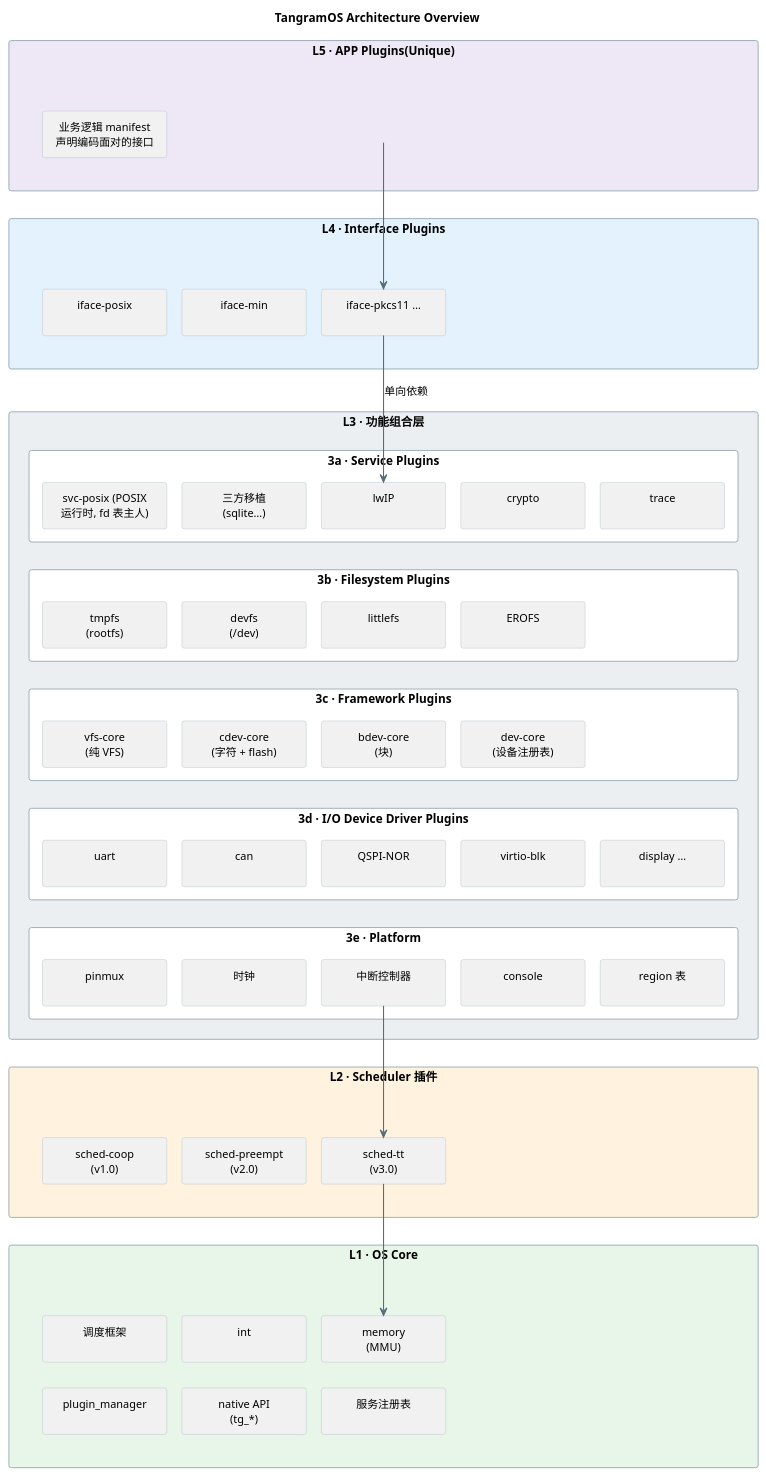
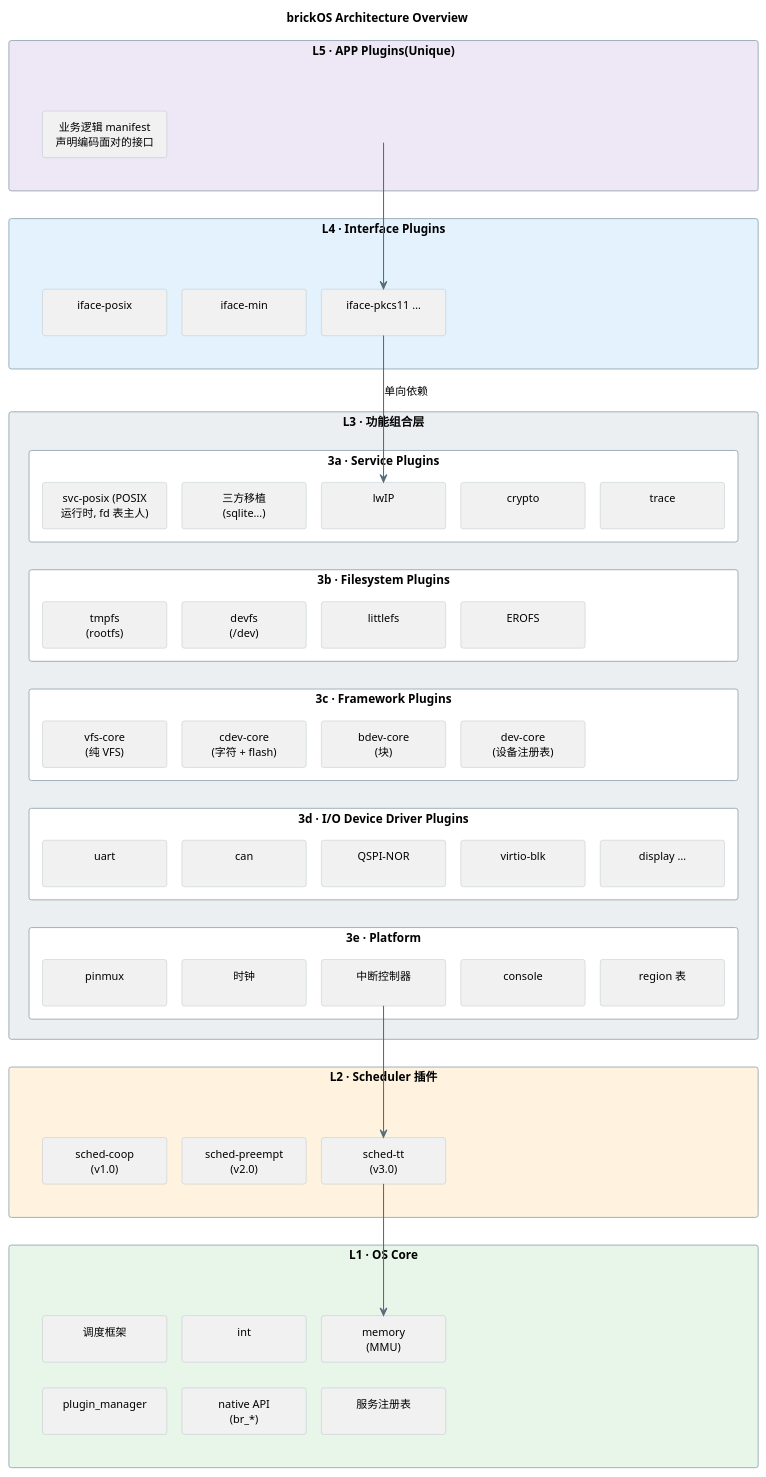
One commit to zhuyh4n9/brickOS changed the diagram in docs/1-architecture/plantUML/1-01-architecture-01.puml. Above: the diagram before and after it, drawn with PlantUML. The commit also changed 66 other files, not shown here.

First line of the commit message:
docs: 更名 TangramOS -> brickOS, 前缀 tg_ -> br_ (D16 修订)

```diff
--- a/docs/1-architecture/plantUML/1-01-architecture-01.puml
+++ b/docs/1-architecture/plantUML/1-01-architecture-01.puml
@@ -1,188 +1,188 @@
 @startuml
-' TangramOS 总体分层图
+' brickOS 总体分层图
 '
 ' ── 层级表达 ──────────────────────────────────────────────────────────────
 ' L3 是 package 容器, 3a–3e 是它的子 package(子层)。"同属 L3"靠嵌套表达, 不靠平铺。
 ' 内容原则: 只画层间单向流(§7.2); 层内依赖/注册拓扑不进本图(见 6-vfs-device/06-device.md §1)。
 '
 ' ── 等长 / 对齐 / 箭头居中机制(改图前必读, 破哪条都会退化成参差不齐) ────────
 ' 1) skinparam minClassWidth 128 —— 所有模块盒子强制等宽(128+20=148px)。
 '    任何标签的单行文字都不能超过 128px, 否则该模块被撑宽、破坏等长; 超长文案请手动折行
 '    (见 L5T 和 L3A1 的写法)。
 ' 2) 每行固定 5 格 —— 奇数格是关键: 5 格的正中恰好是第 3 格, 层间箭头才能落在水平中线上。
 '    真实模块不足 5 个的行, 用透明的 rectangle<<pad>> 占位补齐, 并用 -[hidden]right-> 串成一行。
 ' 3) 4 个顶层带子(L5/L4/L2/L1)内各套一层隐形的 package<<inner>>, 让嵌套深度与 L3 一致,
 '    否则 L3 会比其它带子宽 48px。(<<inner>> 用 skinparam 设成透明背景+透明边框,
 '    再用 hide stereotype 藏掉 «inner» 字样)
 ' 4) 层间箭头一律走【第 3 格】的 node→node 边: L5P2→L4C→L3A3, L3E3→L2C→L1C。
 '    - node→node 的箭头落在节点中心, 所以四条箭头 x 完全相同(实测 453) → 形成一条居中竖线;
 '    - 实测 package→package 的箭头一律落在盒子右边缘, 达不到居中, 所以这里不用;
 '    - 代价: 竖线会贴着 L4 的 iface-pkcs11、L2 的 sched-tt 上下边框穿过去 ——
 '      它只是"层间流向"的指示线, 不代表这两个模块在依赖链上, 改图时别误读。
 ' 5) L1 的 6 个模块拆成两行(3+3): 5 格放不下 6 个, 拆两行既保持等长, 也让 L1 更整齐。
 ' 6) 标签统一两行(不足两行补一个空行), 保证各行等高。
 ' 7) 每行"首个模块"用 -[hidden]down-> 串起, 钉死 3a→3e 的纵向阅读序; L1 的两行之间也串一条。
 '
 ' 自检: 渲染后 5 个层框应全部 x=7 / 宽=892, 5 个子层框宽=844, 全部模块 148×50.3,
 '       4 个箭头头部 x≈453。
 skinparam shadowing false
 skinparam componentStyle rectangle
 skinparam packageStyle rectangle
 skinparam roundCorner 6
 skinparam nodesep 18
 skinparam ranksep 30
 skinparam defaultTextAlignment center
 skinparam ArrowColor #546E7A
 skinparam ArrowThickness 1.3
 skinparam packageBorderColor #90A4AE
 skinparam componentBorderColor #B0BEC5
 skinparam componentFontSize 13
 skinparam minClassWidth 128
 skinparam rectangle<<pad>> {
   BackgroundColor transparent
   BorderColor transparent
   FontColor transparent
 }
 skinparam package<<inner>> {
   BackgroundColor transparent
   BorderColor transparent
   FontColor transparent
 }
 top to bottom direction
 hide stereotype
 
-title TangramOS Architecture Overview
+title brickOS Architecture Overview
 
   package "L5 · APP Plugins(Unique)" as L5 #EDE7F6 {
     package " " as L5IN <<inner>> {
       [业务逻辑 manifest\n声明编码面对的接口] as L5T
       rectangle "  " as L5P1 <<pad>>
       rectangle "  " as L5P2 <<pad>>
       rectangle "  " as L5P3 <<pad>>
       rectangle "  " as L5P4 <<pad>>
       L5T -[hidden]right-> L5P1
       L5P1 -[hidden]right-> L5P2
       L5P2 -[hidden]right-> L5P3
       L5P3 -[hidden]right-> L5P4
     }
   }
 
   package "L4 · Interface Plugins" as L4 #E3F2FD {
     package " " as L4IN <<inner>> {
       [iface-posix\n] as L4A
       [iface-min\n] as L4B
       [iface-pkcs11 …\n] as L4C
       rectangle "  " as L4P1 <<pad>>
       rectangle "  " as L4P2 <<pad>>
       L4A -[hidden]right-> L4B
       L4B -[hidden]right-> L4C
       L4C -[hidden]right-> L4P1
       L4P1 -[hidden]right-> L4P2
     }
   }
 
 package "L3 · 功能组合层" as L3 #ECEFF1 {
   package "3a · Service Plugins" as L3A #FFFFFF {
     [svc-posix (POSIX\n运行时, fd 表主人)] as L3A1
     [三方移植\n(sqlite…)] as L3A2
     [lwIP\n] as L3A3
     [crypto\n] as L3A4
     [trace\n] as L3A5
     L3A1 -[hidden]right-> L3A2
     L3A2 -[hidden]right-> L3A3
     L3A3 -[hidden]right-> L3A4
     L3A4 -[hidden]right-> L3A5
   }
   package "3b · Filesystem Plugins" as L3B #FFFFFF {
     [tmpfs\n(rootfs)] as L3B1
     [devfs\n(/dev)] as L3B2
     [littlefs\n] as L3B3
     [EROFS\n] as L3B4
     rectangle "  " as L3BP1 <<pad>>
     L3B1 -[hidden]right-> L3B2
     L3B2 -[hidden]right-> L3B3
     L3B3 -[hidden]right-> L3B4
     L3B4 -[hidden]right-> L3BP1
   }
   package "3c · Framework Plugins" as L3C #FFFFFF {
     [vfs-core\n(纯 VFS)] as L3C1
     [cdev-core\n(字符 + flash)] as L3C2
     [bdev-core\n(块)] as L3C3
     [dev-core\n(设备注册表)] as L3C4
     rectangle "  " as L3CP1 <<pad>>
     L3C1 -[hidden]right-> L3C2
     L3C2 -[hidden]right-> L3C3
     L3C3 -[hidden]right-> L3C4
     L3C4 -[hidden]right-> L3CP1
   }
   package "3d · I/O Device Driver Plugins" as L3D #FFFFFF {
     [uart\n] as L3D1
     [can\n] as L3D2
     [QSPI-NOR\n] as L3D3
     [virtio-blk\n] as L3D4
     [display …\n] as L3D5
     L3D1 -[hidden]right-> L3D2
     L3D2 -[hidden]right-> L3D3
     L3D3 -[hidden]right-> L3D4
     L3D4 -[hidden]right-> L3D5
   }
   package "3e · Platform" as L3E #FFFFFF {
     [pinmux\n] as L3E1
     [时钟\n] as L3E2
     [中断控制器\n] as L3E3
     [console\n] as L3E4
     [region 表\n] as L3E5
     L3E1 -[hidden]right-> L3E2
     L3E2 -[hidden]right-> L3E3
     L3E3 -[hidden]right-> L3E4
     L3E4 -[hidden]right-> L3E5
   }
   L3A1 -[hidden]down-> L3B1
   L3B1 -[hidden]down-> L3C1
   L3C1 -[hidden]down-> L3D1
   L3D1 -[hidden]down-> L3E1
 }
 
   package "L2 · Scheduler 插件" as L2 #FFF3E0 {
     package " " as L2IN <<inner>> {
       [sched-coop\n(v1.0)] as L2A
       [sched-preempt\n(v2.0)] as L2B
       [sched-tt\n(v3.0)] as L2C
       rectangle "  " as L2P1 <<pad>>
       rectangle "  " as L2P2 <<pad>>
       L2A -[hidden]right-> L2B
       L2B -[hidden]right-> L2C
       L2C -[hidden]right-> L2P1
       L2P1 -[hidden]right-> L2P2
     }
   }
 
 package "L1 · OS Core" as L1 #E8F5E9 {
   package " " as L1IN <<inner>> {
     [调度框架\n] as L1A
     [int\n] as L1B
     [memory\n(MMU)] as L1C
     rectangle "  " as L1P1 <<pad>>
     rectangle "  " as L1P2 <<pad>>
     L1A -[hidden]right-> L1B
     L1B -[hidden]right-> L1C
     L1C -[hidden]right-> L1P1
     L1P1 -[hidden]right-> L1P2
     [plugin_manager\n] as L1D
-    [native API\n(tg_*)] as L1E
+    [native API\n(br_*)] as L1E
     [服务注册表\n] as L1F
     rectangle "  " as L1Q1 <<pad>>
     rectangle "  " as L1Q2 <<pad>>
     L1D -[hidden]right-> L1E
     L1E -[hidden]right-> L1F
     L1F -[hidden]right-> L1Q1
     L1Q1 -[hidden]right-> L1Q2
     L1A -[hidden]down-> L1D
   }
 }
 
 L5P2 -down-> L4C
 L4C -down-> L3A3 : 单向依赖
 L3E3 -down-> L2C
 L2C -down-> L1C
 @enduml
```
